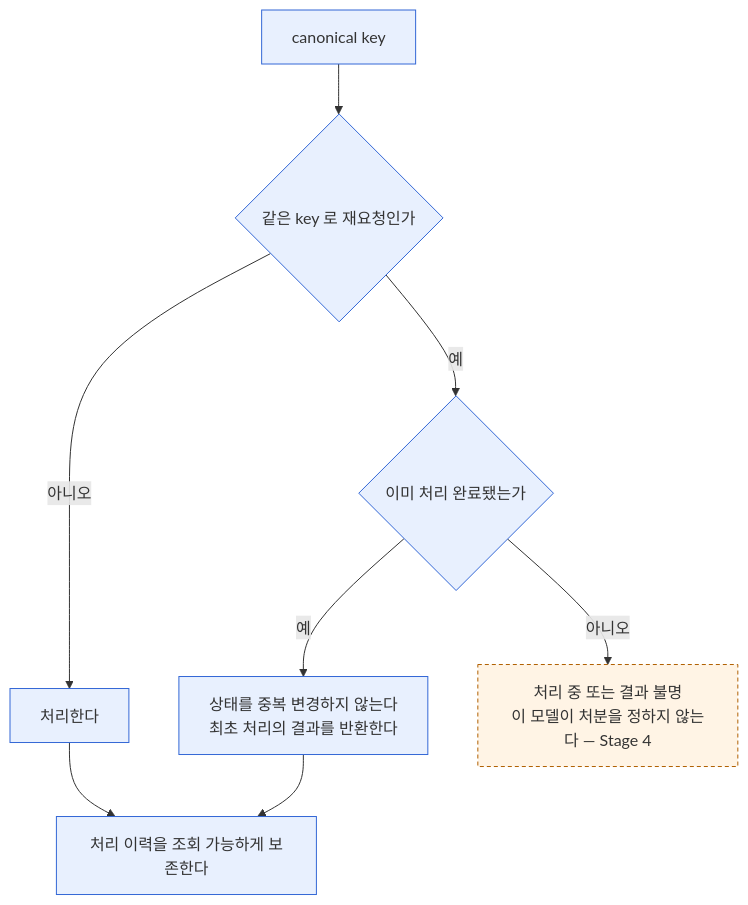
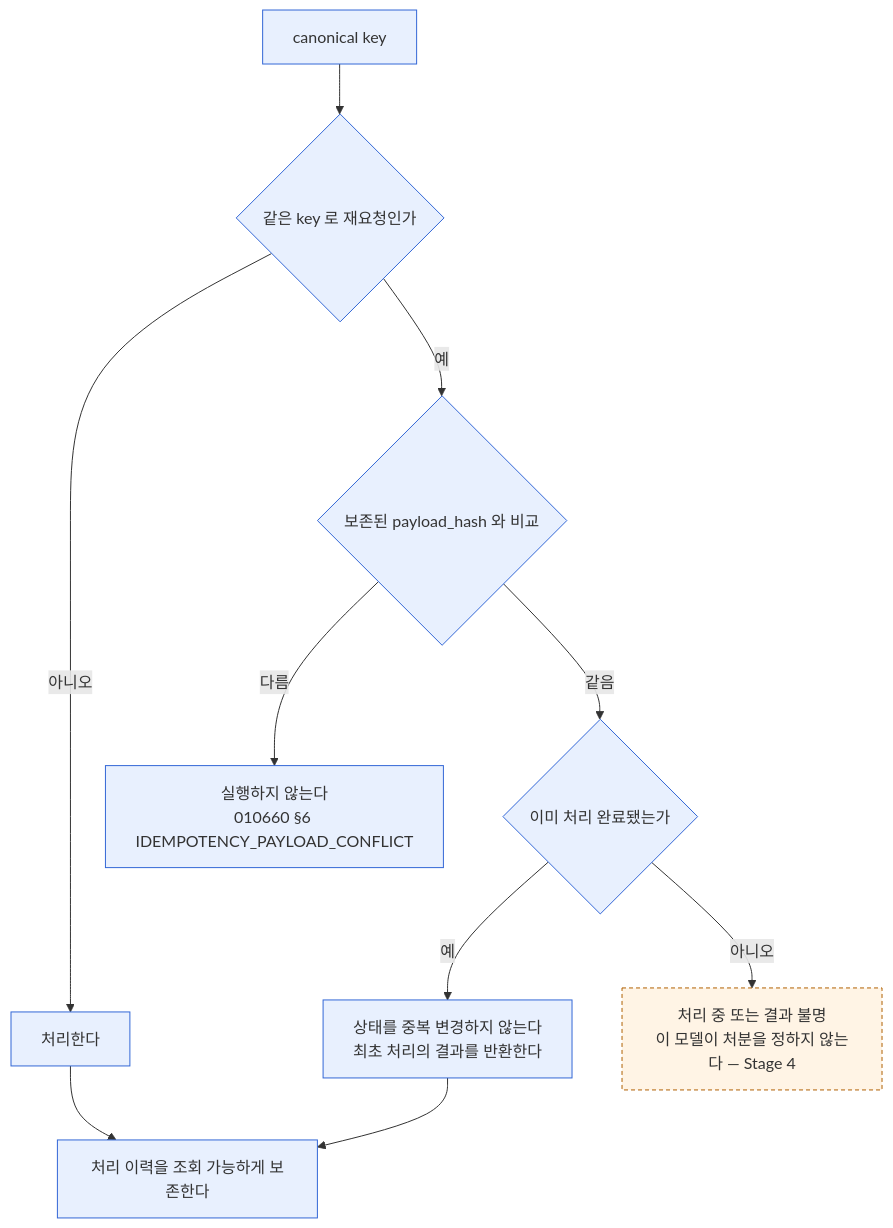
One commit to mirunubi/yoonsul_wait_order_handoff changed the seventh of 8 diagrams in docs/600000_implementation_lifecycle/601900_tenant_isolation_axis_v2/601905_Diagram_Tenant_Isolation_Axis_Model.md. Above: the diagram before and after it, drawn with Mermaid. The commit also changed other lines of this file, not shown here.

````diff
--- a/docs/600000_implementation_lifecycle/601900_tenant_isolation_axis_v2/601905_Diagram_Tenant_Isolation_Axis_Model.md
+++ b/docs/600000_implementation_lifecycle/601900_tenant_isolation_axis_v2/601905_Diagram_Tenant_Isolation_Axis_Model.md
@@ -357,15 +402,17 @@
 ```mermaid
 flowchart TB
   K2["canonical key"] --> J{"같은 key 로 재요청인가"}
   J -->|"아니오"| EXEC["처리한다"]
-  J -->|"예"| DONE{"이미 처리 완료됐는가"}
+  J -->|"예"| PH{"보존된 payload_hash 와 비교"}
+  PH -->|"다름"| CONF["실행하지 않는다<br/>010660 §6 IDEMPOTENCY_PAYLOAD_CONFLICT"]
+  PH -->|"같음"| DONE{"이미 처리 완료됐는가"}
   DONE -->|"예"| DUP["상태를 중복 변경하지 않는다<br/>최초 처리의 결과를 반환한다"]
   DONE -->|"아니오"| PEND["처리 중 또는 결과 불명<br/>이 모델이 처분을 정하지 않는다 — Stage 4"]
   EXEC --> LOG["처리 이력을 조회 가능하게 보존한다"]
   DUP --> LOG
 
   classDef decided fill:#e8f0fe,stroke:#3367d6,stroke-width:1px
   classDef undecided fill:#fff4e5,stroke:#b06000,stroke-width:1px,stroke-dasharray:4 3
-  class K2,J,DONE,EXEC,DUP,LOG decided
+  class K2,J,PH,DONE,EXEC,DUP,LOG,CONF decided
   class PEND undecided
 ```
````
